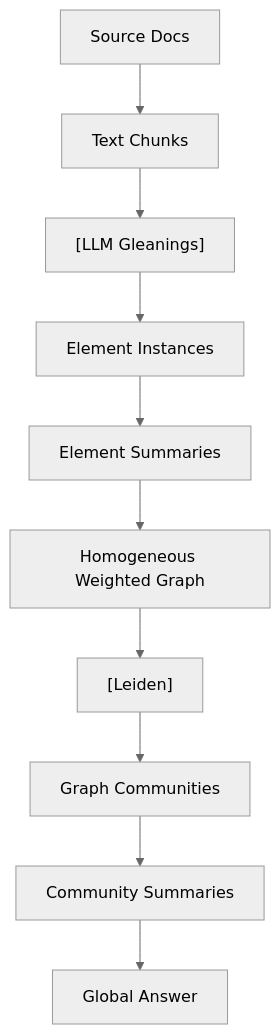
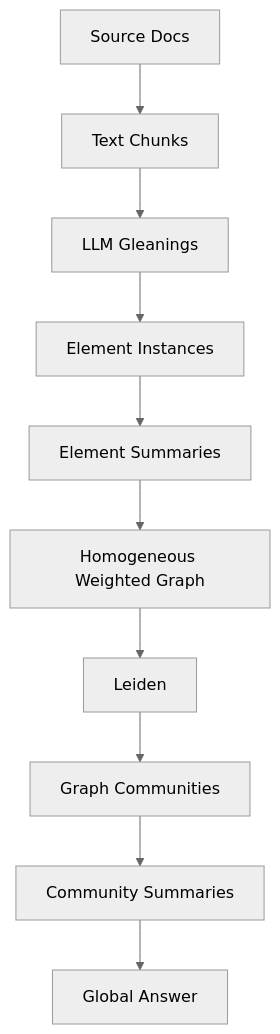
Before and after one commit to sou350121/Trading-Handbook: the diagram in foundations/llm-agentic/graphrag.md, drawn with Mermaid (neutral theme). The commit also changed 191 other files, not shown here.

First line of the commit message:
render: fix math + mermaid for GitHub across the corpus (188 pages)

````diff
--- a/foundations/llm-agentic/graphrag.md
+++ b/foundations/llm-agentic/graphrag.md
@@ -30,12 +30,12 @@
 ```mermaid
 flowchart TD
 A["Source Docs"] --> B["Text Chunks"]
-B["Text Chunks"] --> C["[LLM Gleanings]"]
-C["[LLM Gleanings]"] --> D["Element Instances"]
+B["Text Chunks"] --> C["LLM Gleanings"]
+C["LLM Gleanings"] --> D["Element Instances"]
 D["Element Instances"] --> E["Element Summaries"]
 E["Element Summaries"] --> F["Homogeneous Weighted Graph"]
-F["Homogeneous Weighted Graph"] --> G["[Leiden]"]
-G["[Leiden]"] --> H["Graph Communities"]
+F["Homogeneous Weighted Graph"] --> G["Leiden"]
+G["Leiden"] --> H["Graph Communities"]
 H["Graph Communities"] --> I["Community Summaries"]
 I["Community Summaries"] --> J["Global Answer"]
 ```
````
